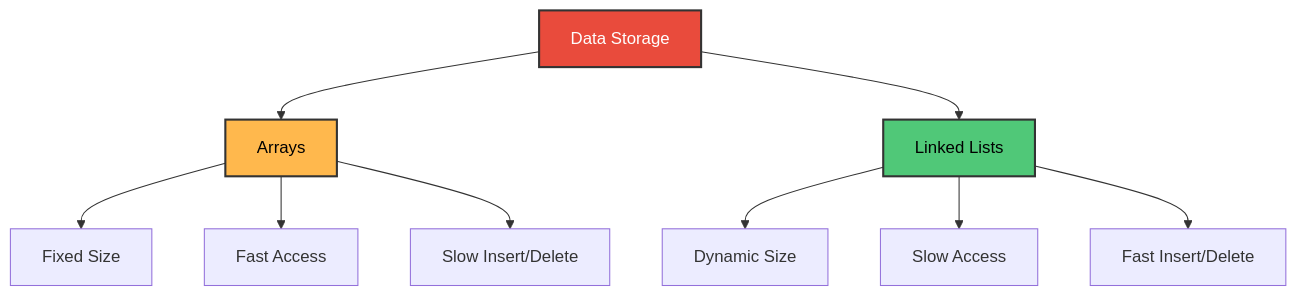
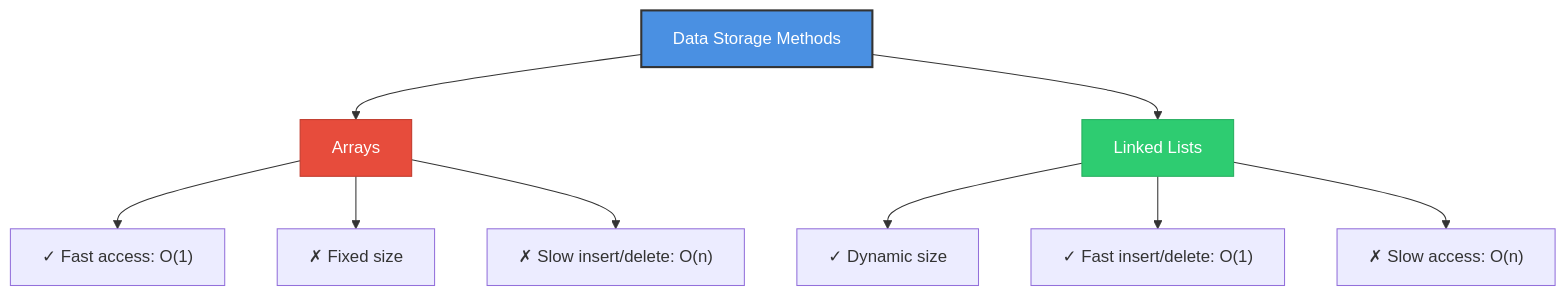
One commit to M-F-Tushar/CSE-2101-Data-Structure changed the second of 27 diagrams in Chapter 5 - Linked Lists/README.md. Above: the diagram before and after it, drawn with Mermaid. The commit also changed other lines of this file, not shown here.

````diff
--- a/Chapter 5 - Linked Lists/README.md
+++ b/Chapter 5 - Linked Lists/README.md
@@ -163,17 +50,17 @@
 ```mermaid
 graph TD
-    A["Data Storage"] --> B["Arrays"]
-    A --> C["Linked Lists"]
+    A[Data Storage Methods] --> B[Arrays]
+    A --> C[Linked Lists]
     
-    B --> B1["Fixed Size"]
-    B --> B2["Fast Access"]
-    B --> B3["Slow Insert/Delete"]
+    B --> B1["✓ Fast access: O(1)"]
+    B --> B2["✗ Fixed size"]
+    B --> B3["✗ Slow insert/delete: O(n)"]
     
-    C --> C1["Dynamic Size"]
-    C --> C2["Slow Access"]
-    C --> C3["Fast Insert/Delete"]
+    C --> C1["✓ Dynamic size"]
+    C --> C2["✓ Fast insert/delete: O(1)"]
+    C --> C3["✗ Slow access: O(n)"]
     
-    style A fill:#E94B3C,stroke:#333,stroke-width:2px,color:#fff
-    style B fill:#FFB84D,stroke:#333,stroke-width:2px,color:#000
-    style C fill:#50C878,stroke:#333,stroke-width:2px,color:#000
+    style A fill:#4A90E2,stroke:#333,stroke-width:2px,color:#fff
+    style B fill:#e74c3c,stroke:#c0392b,color:#fff
+    style C fill:#2ecc71,stroke:#27ae60,color:#fff
 ```
````
